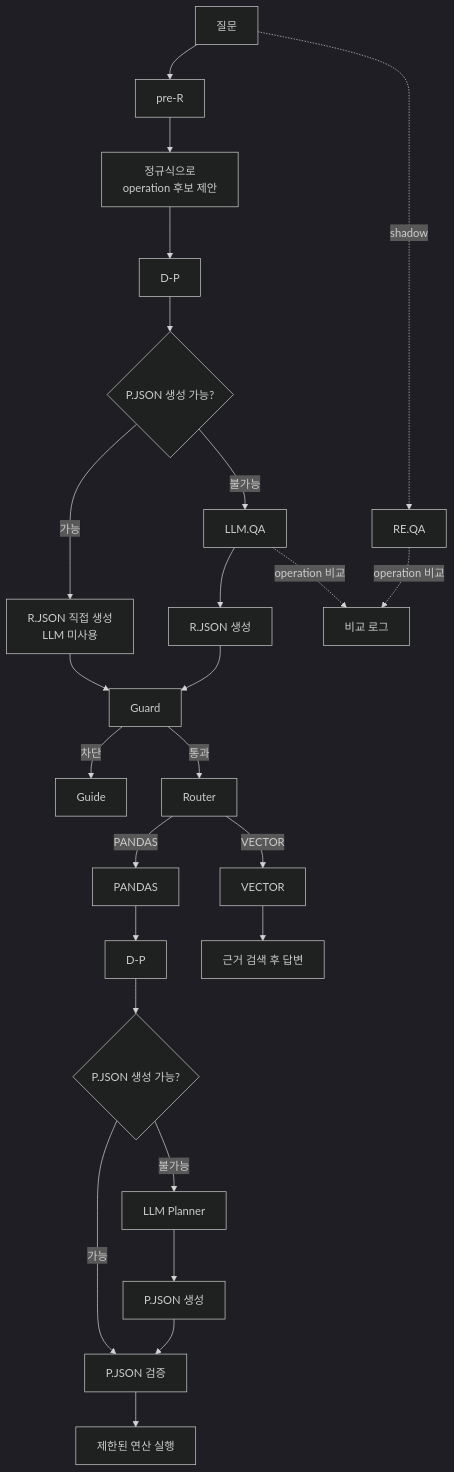
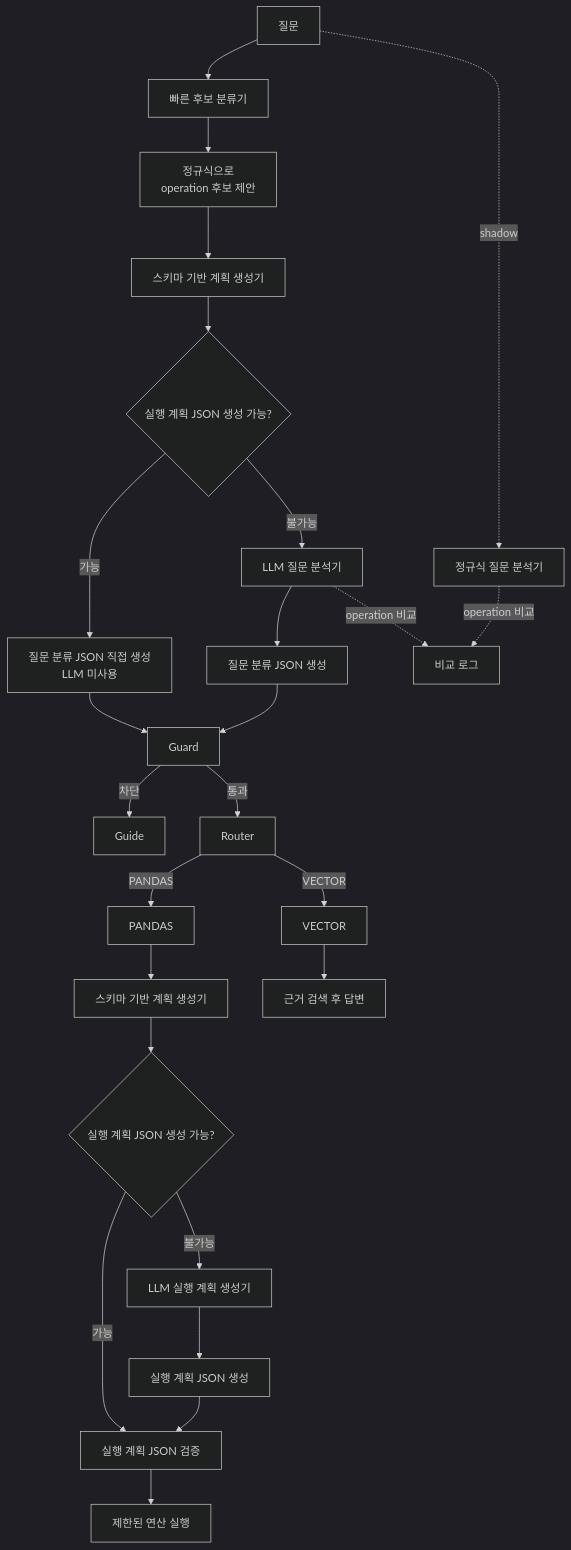
Before and after one commit to knu-2026-summer-main-enhancement/finance-doc-agent: diagram 12 of 15 in README.md, drawn with Mermaid (dark theme). The commit also changed other lines of this file and 6 other files, not shown here.

````diff
--- a/README.md
+++ b/README.md
@@ -503,33 +503,33 @@
 ```mermaid
 flowchart TD
-    Q[질문] --> PR[pre-R]
+    Q[질문] --> PR[빠른 후보 분류기]
     PR --> OP[정규식으로<br/>operation 후보 제안]
-    OP --> DP[D-P]
-    DP --> C{P.JSON 생성 가능?}
+    OP --> DP[스키마 기반 계획 생성기]
+    DP --> C{실행 계획 JSON 생성 가능?}
 
-    C -->|가능| RD[R.JSON 직접 생성<br/>LLM 미사용]
-    C -->|불가능| LQ[LLM.QA]
-    LQ --> RL[R.JSON 생성]
+    C -->|가능| RD[질문 분류 JSON 직접 생성<br/>LLM 미사용]
+    C -->|불가능| LQ[LLM 질문 분석기]
+    LQ --> RL[질문 분류 JSON 생성]
 
     RD --> G[Guard]
     RL --> G
     G -->|차단| GD[Guide]
     G -->|통과| R[Router]
 
     R -->|PANDAS| P[PANDAS]
     R -->|VECTOR| V[VECTOR]
 
-    P --> DP2[D-P]
-    DP2 --> C2{P.JSON 생성 가능?}
-    C2 -->|가능| PV[P.JSON 검증]
-    C2 -->|불가능| LP[LLM Planner]
-    LP --> PG[P.JSON 생성]
+    P --> DP2[스키마 기반 계획 생성기]
+    DP2 --> C2{실행 계획 JSON 생성 가능?}
+    C2 -->|가능| PV[실행 계획 JSON 검증]
+    C2 -->|불가능| LP[LLM 실행 계획 생성기]
+    LP --> PG[실행 계획 JSON 생성]
     PG --> PV
     PV --> EX[제한된 연산 실행]
 
     V --> VS[근거 검색 후 답변]
 
-    Q -. shadow .-> RE[RE.QA]
+    Q -. shadow .-> RE[정규식 질문 분석기]
     RE -. operation 비교 .-> LOG[비교 로그]
     LQ -. operation 비교 .-> LOG
 ```
````
